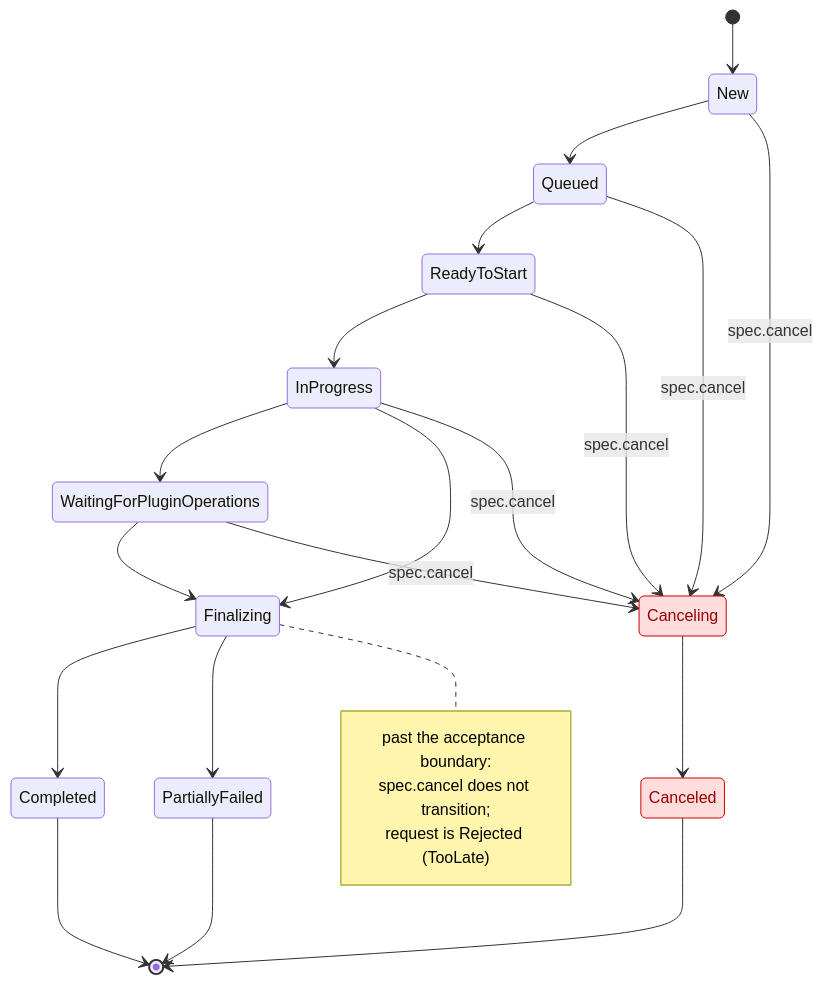
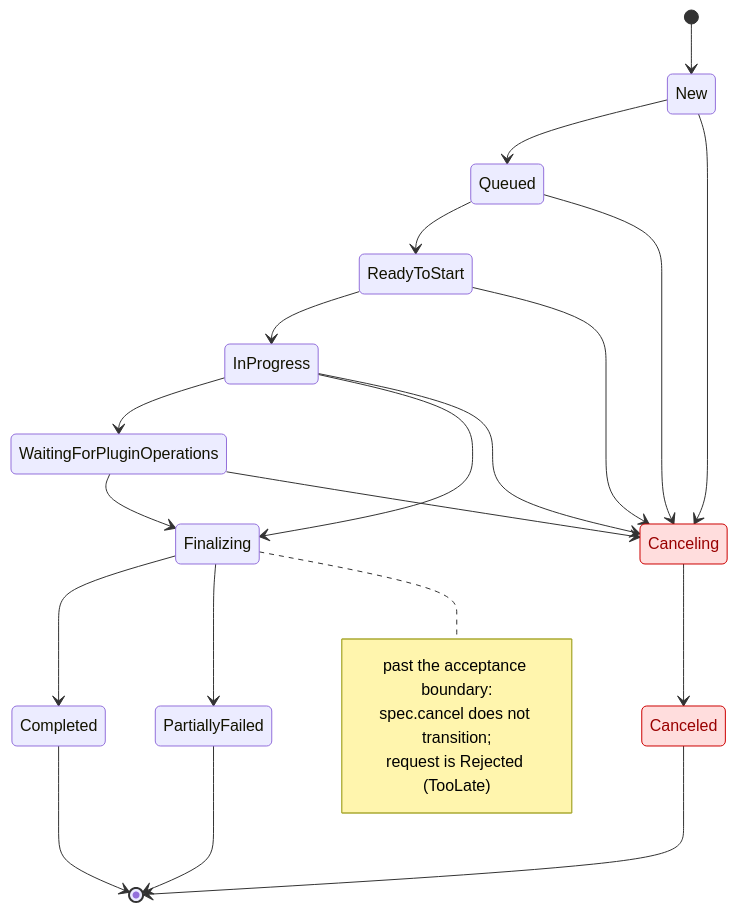
Before and after one commit to vmware-tanzu/velero: the first of 6 diagrams in design/backup-cancellation_design.md, drawn with Mermaid. The commit also changed other lines of this file, not shown here.

````diff
--- a/design/backup-cancellation_design.md
+++ b/design/backup-cancellation_design.md
@@ -41,31 +42,31 @@
 ```mermaid
 stateDiagram-v2
     [*] --> New
     New --> Queued
     Queued --> ReadyToStart
     ReadyToStart --> InProgress
     InProgress --> WaitingForPluginOperations
     InProgress --> Finalizing
     WaitingForPluginOperations --> Finalizing
     Finalizing --> Completed
     Finalizing --> PartiallyFailed
     Completed --> [*]
     PartiallyFailed --> [*]
 
-    New --> Canceling: spec.cancel
-    Queued --> Canceling: spec.cancel
-    ReadyToStart --> Canceling: spec.cancel
-    InProgress --> Canceling: spec.cancel
-    WaitingForPluginOperations --> Canceling: spec.cancel
+    New --> Canceling
+    Queued --> Canceling
+    ReadyToStart --> Canceling
+    InProgress --> Canceling
+    WaitingForPluginOperations --> Canceling
     Canceling --> Canceled
     Canceled --> [*]
 
     note right of Finalizing
         past the acceptance boundary:
         spec.cancel does not transition;
         request is Rejected (TooLate)
     end note
 
     classDef cancel fill:#fdd,stroke:#c00,color:#900
     class Canceling,Canceled cancel
 ```
````
